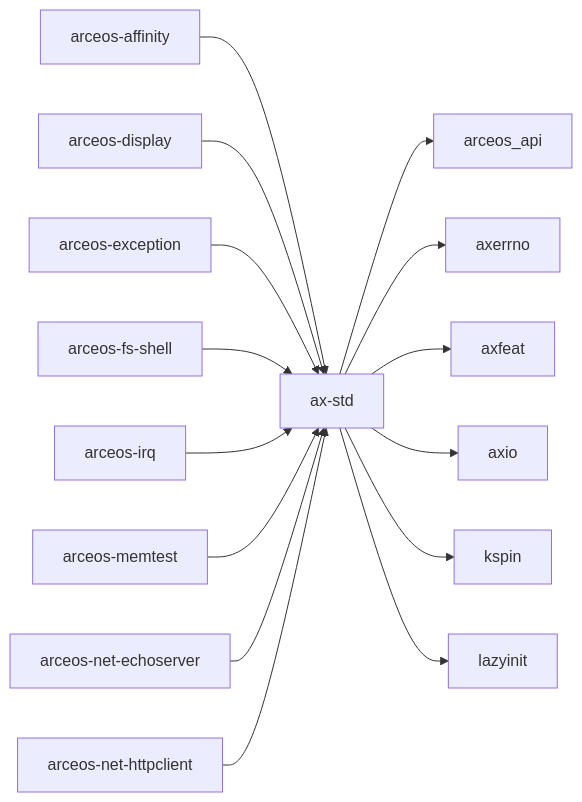
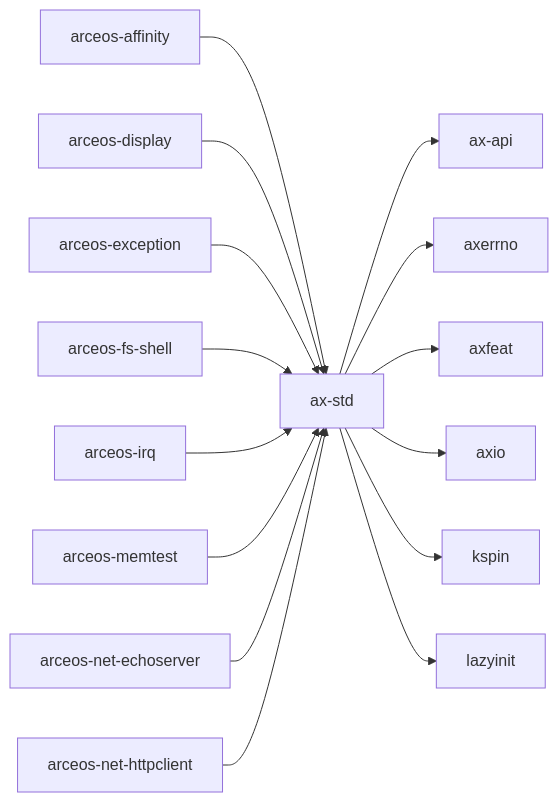
Before and after one commit to zKurisu/tgoskits: the diagram in docs/crates/ax-std.md, drawn with Mermaid. The commit also changed other lines of this file and 61 other files, not shown here.

Commit message:
rename arceos_api to ax-api

````diff
--- a/docs/crates/ax-std.md
+++ b/docs/crates/ax-std.md
@@ -39,18 +39,18 @@
 ```mermaid
 graph LR
     current["ax-std"]
-    current --> arceos_api["arceos_api"]
+    current --> ax-api["ax-api"]
     current --> axerrno["axerrno"]
     current --> axfeat["axfeat"]
     current --> axio["axio"]
     current --> kspin["kspin"]
     current --> lazyinit["lazyinit"]
     arceos_affinity["arceos-affinity"] --> current
     arceos_display["arceos-display"] --> current
     arceos_exception["arceos-exception"] --> current
     arceos_fs_shell["arceos-fs-shell"] --> current
     arceos_irq["arceos-irq"] --> current
     arceos_memtest["arceos-memtest"] --> current
     arceos_net_echoserver["arceos-net-echoserver"] --> current
     arceos_net_httpclient["arceos-net-httpclient"] --> current
 ```
````
